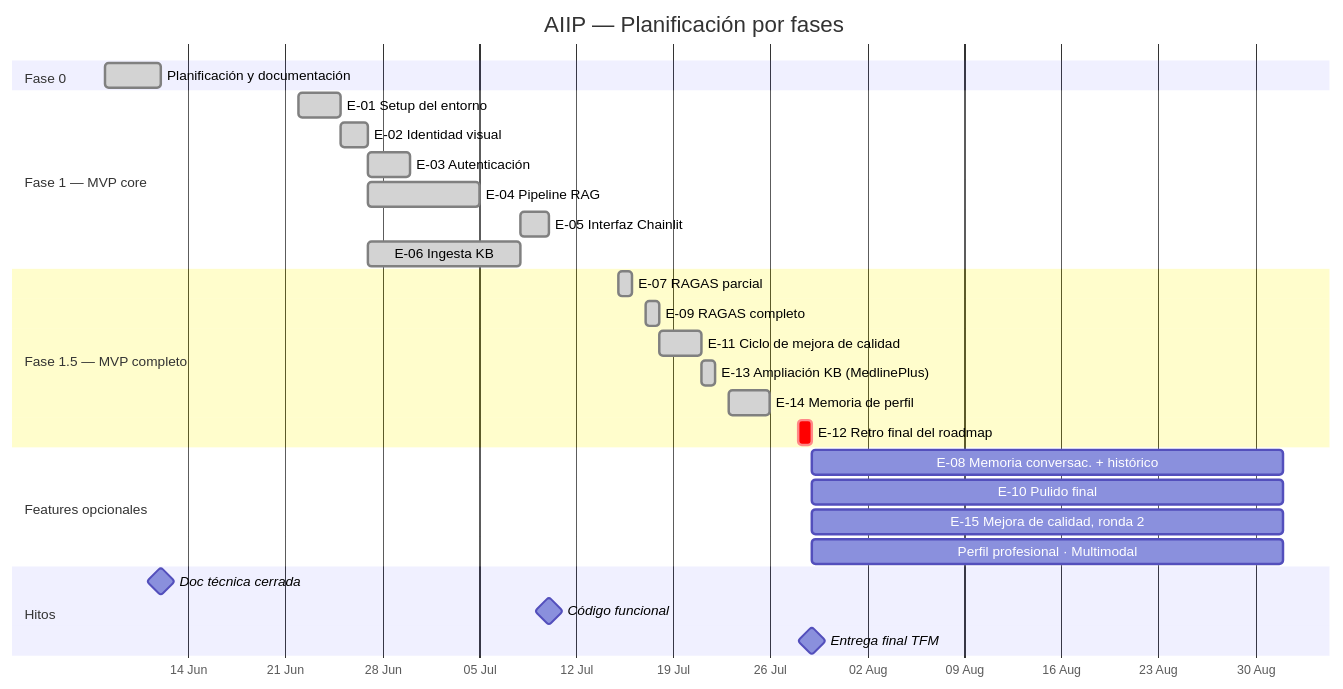
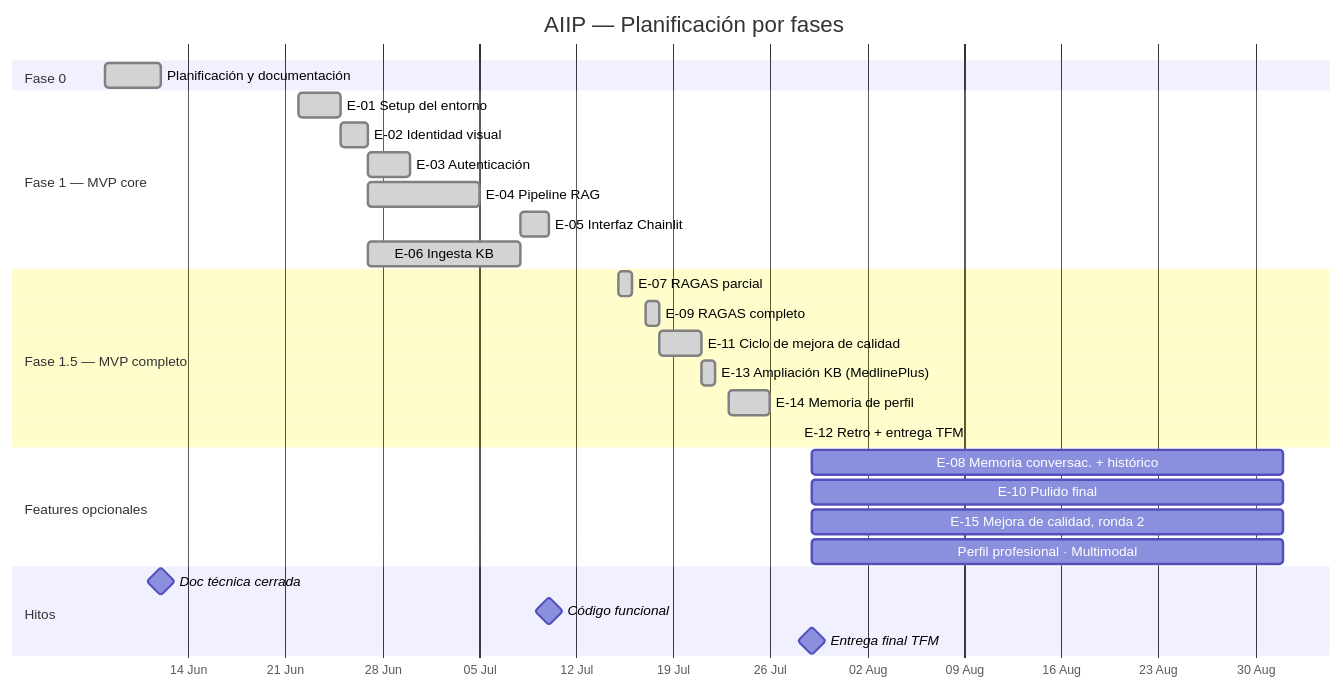
The fourth of 4 diagrams in README.md (mimpho/aiip), drawn with Mermaid before and after one commit. The commit also changed other lines of this file and 13 other files, not shown here.

First line of the commit message:
docs(E-12): roadmap retrospective, official delivery template, and production deployment (#87)

````diff
--- a/README.md
+++ b/README.md
@@ -70,36 +655,36 @@
 ```mermaid
 gantt
     title AIIP — Planificación por fases
     dateFormat  YYYY-MM-DD
     axisFormat  %d %b
 
     section Fase 0
     Planificación y documentación     :done,    f0, 2026-06-08, 2026-06-12
 
     section Fase 1 — MVP core
     E-01 Setup del entorno            :done,    e01, 2026-06-22, 2026-06-25
     E-02 Identidad visual             :done,    e02, 2026-06-25, 2026-06-27
     E-03 Autenticación                :done,    e03, 2026-06-27, 2026-06-30
     E-04 Pipeline RAG                 :done,    e04, 2026-06-27, 2026-07-05
     E-05 Interfaz Chainlit            :done,    e05, 2026-07-08, 2026-07-10
     E-06 Ingesta KB                   :done,    e06, 2026-06-27, 2026-07-08
 
     section Fase 1.5 — MVP completo
     E-07 RAGAS parcial                :done,    e07, 2026-07-15, 2026-07-16
     E-09 RAGAS completo                :done,    e09, 2026-07-17, 2026-07-18
     E-11 Ciclo de mejora de calidad   :done,    e11, 2026-07-18, 2026-07-21
     E-13 Ampliación KB (MedlinePlus)  :done,    e13, 2026-07-21, 2026-07-22
     E-14 Memoria de perfil            :done,    e14, 2026-07-23, 2026-07-26
-    E-12 Retro final del roadmap      :crit,    e12, 2026-07-28, 2026-07-29
+    E-12 Retro + entrega TFM          :done, crit, e12, 2026-07-28, 2026-07-28
 
     section Features opcionales
     E-08 Memoria conversac. + histórico :       e08, 2026-07-29, 2026-09-01
     E-10 Pulido final                 :         e10, 2026-07-29, 2026-09-01
     E-15 Mejora de calidad, ronda 2   :         e15, 2026-07-29, 2026-09-01
     Perfil profesional · Multimodal   :         fo, 2026-07-29, 2026-09-01
 
     section Hitos
     Doc técnica cerrada               :milestone, 2026-06-12, 0d
     Código funcional                  :milestone, 2026-07-10, 0d
     Entrega final TFM                 :milestone, 2026-07-29, 0d
 ```
````
